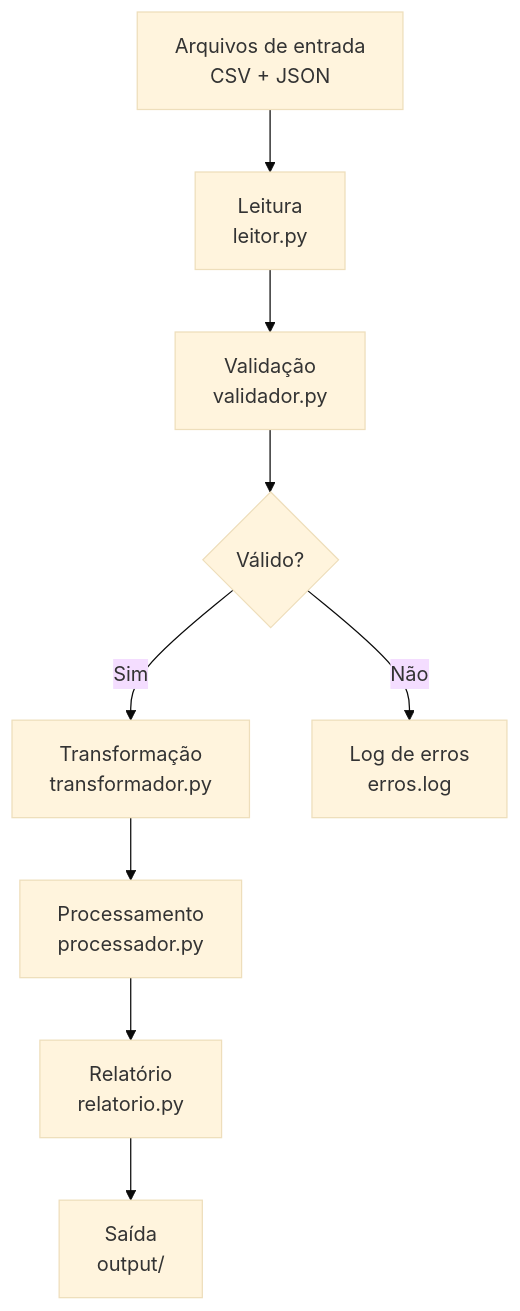
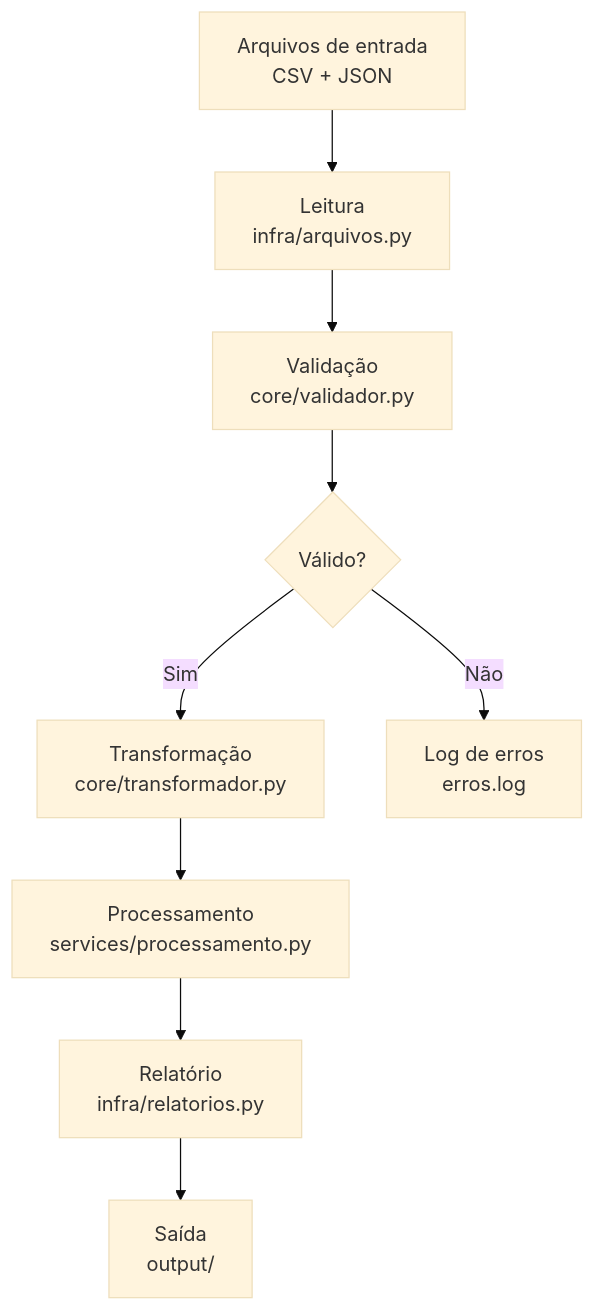
One commit to eduardo-da-silva/fundamentos-python changed the diagram in docs/projeto/index.md. Above: the diagram before and after it, drawn with Mermaid (base theme). The commit also changed other lines of this file and 7 other files, not shown here.

````diff
--- a/docs/projeto/index.md
+++ b/docs/projeto/index.md
@@ -76,11 +104,11 @@
 ```mermaid
 flowchart TD
-    A["Arquivos de entrada<br/>CSV + JSON"] --> B["Leitura<br/>leitor.py"]
-    B --> C["Validação<br/>validador.py"]
+    A["Arquivos de entrada<br/>CSV + JSON"] --> B["Leitura<br/>infra/arquivos.py"]
+    B --> C["Validação<br/>core/validador.py"]
     C --> D{Válido?}
-    D -- Sim --> E["Transformação<br/>transformador.py"]
+    D -- Sim --> E["Transformação<br/>core/transformador.py"]
     D -- Não --> F["Log de erros<br/>erros.log"]
-    E --> G["Processamento<br/>processador.py"]
-    G --> H["Relatório<br/>relatorio.py"]
+    E --> G["Processamento<br/>services/processamento.py"]
+    G --> H["Relatório<br/>infra/relatorios.py"]
     H --> I["Saída<br/>output/"]
 ```
````
